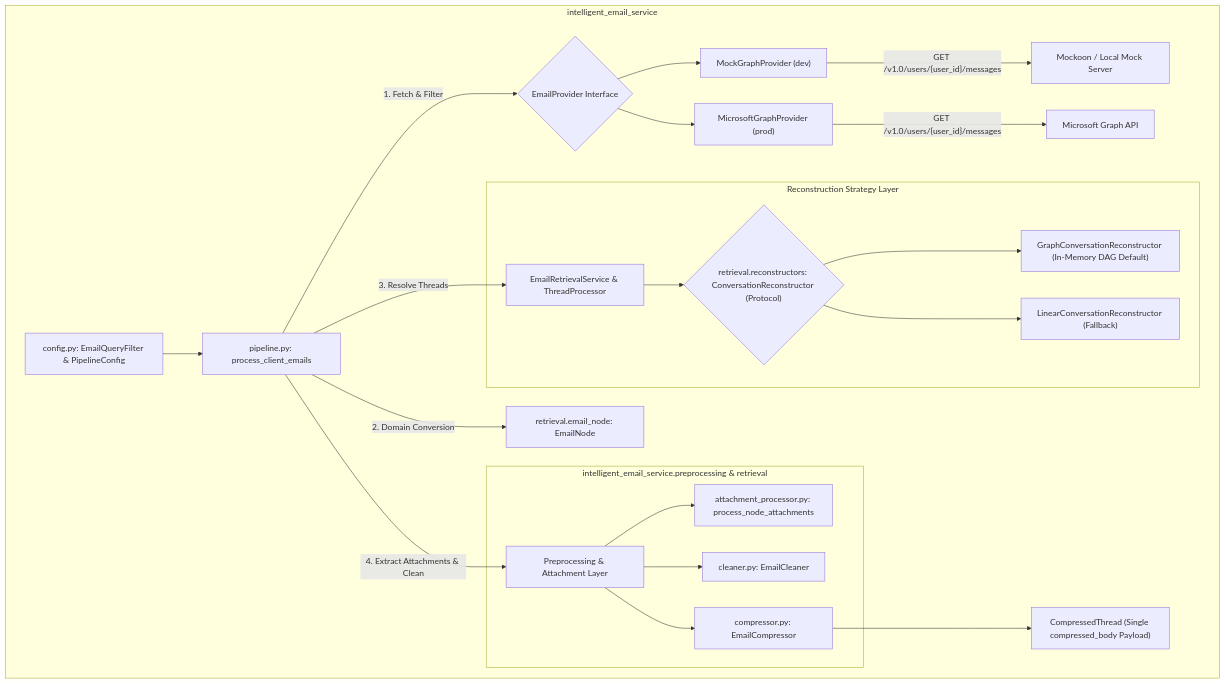
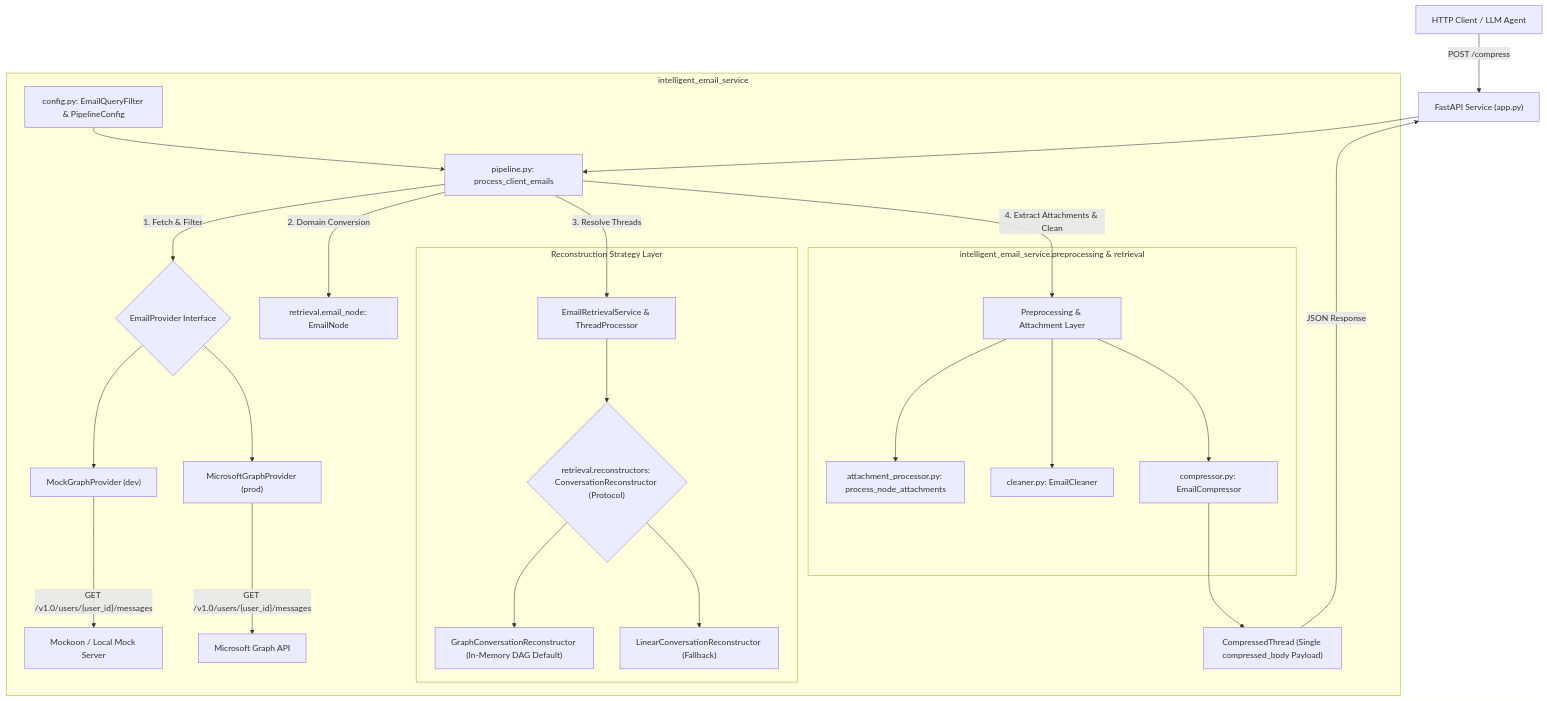
Before and after one commit to AlbertJojo2313/Intelligent_Email_Service: the diagram in docs/production/architecture.md, drawn with Mermaid. The commit also changed other lines of this file and 17 other files, not shown here.

Commit message:
Completed FastAPI serivce, Docker azure setup, edge case tests, and handover documentation

````diff
--- a/docs/production/architecture.md
+++ b/docs/production/architecture.md
@@ -28,31 +28,35 @@
 ```mermaid
 flowchart TD
+    Client["HTTP Client / LLM Agent"] -->|"POST /compress"| FastAPIApp["FastAPI Service (app.py)"]
+    FastAPIApp --> Pipeline["pipeline.py: process_client_emails"]
+    
     subgraph Core_Package["intelligent_email_service"]
-        Config["config.py: EmailQueryFilter & PipelineConfig"] --> Pipeline["pipeline.py: process_client_emails"]
+        Config["config.py: EmailQueryFilter & PipelineConfig"] --> Pipeline
         Provider{"EmailProvider Interface"} --> MGP["MockGraphProvider (dev)"]
         Provider --> MSGP["MicrosoftGraphProvider (prod)"]
 
         MGP -->|"GET /v1.0/users/{user_id}/messages"| MockServer["Mockoon / Local Mock Server"]
         MSGP -->|"GET /v1.0/users/{user_id}/messages"| GraphAPI["Microsoft Graph API"]
 
         Pipeline -->|"1. Fetch & Filter"| Provider
         Pipeline -->|"2. Domain Conversion"| Node["retrieval.email_node: EmailNode"]
         Pipeline -->|"3. Resolve Threads"| DataPipeline["EmailRetrievalService & ThreadProcessor"]
 
         subgraph Strategy_Layer["Reconstruction Strategy Layer"]
             DataPipeline --> Reconstructor{"retrieval.reconstructors: ConversationReconstructor (Protocol)"}
             Reconstructor --> GraphStrat["GraphConversationReconstructor (In-Memory DAG Default)"]
             Reconstructor --> LinearStrat["LinearConversationReconstructor (Fallback)"]
         end
 
         Pipeline -->|"4. Extract Attachments & Clean"| Prep["Preprocessing & Attachment Layer"]
 
         subgraph Preprocessing["intelligent_email_service.preprocessing & retrieval"]
             Prep --> Attachments["attachment_processor.py: process_node_attachments"]
             Prep --> Cleaner["cleaner.py: EmailCleaner"]
             Prep --> Compressor["compressor.py: EmailCompressor"]
         end
 
         Compressor --> Output["CompressedThread (Single compressed_body Payload)"]
     end
+    Output -->|"JSON Response"| FastAPIApp
 ```
````
